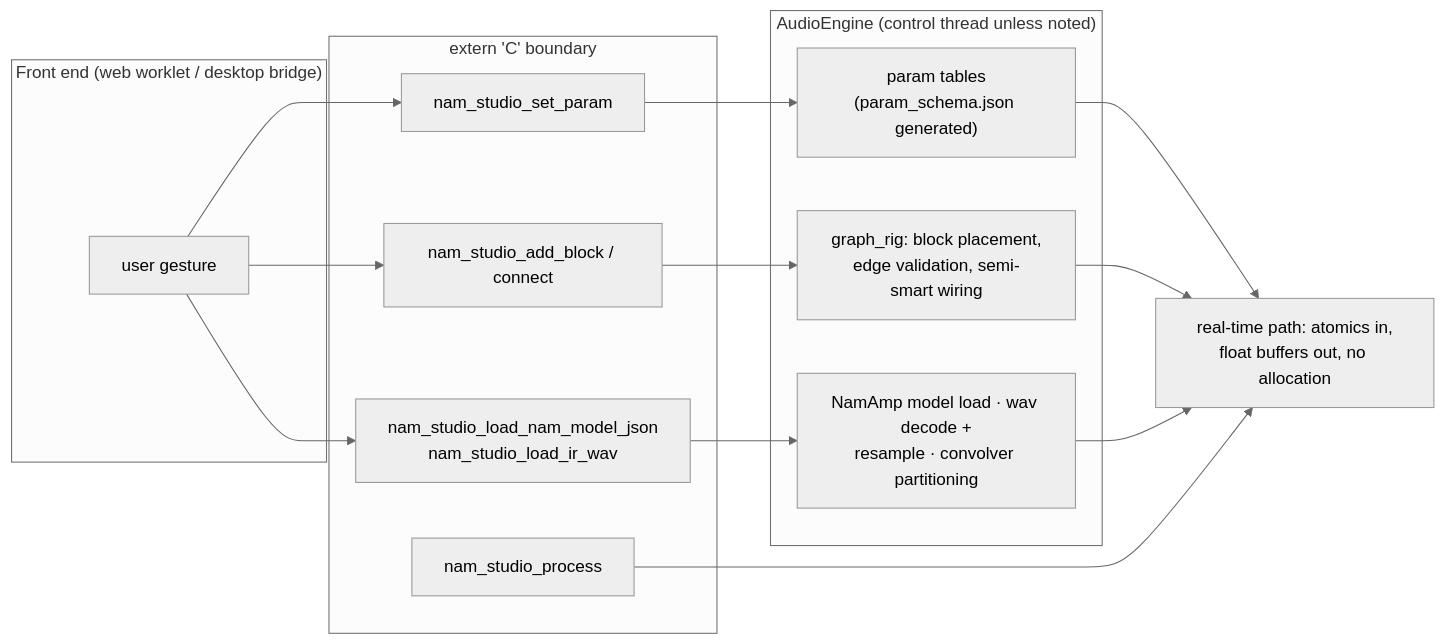
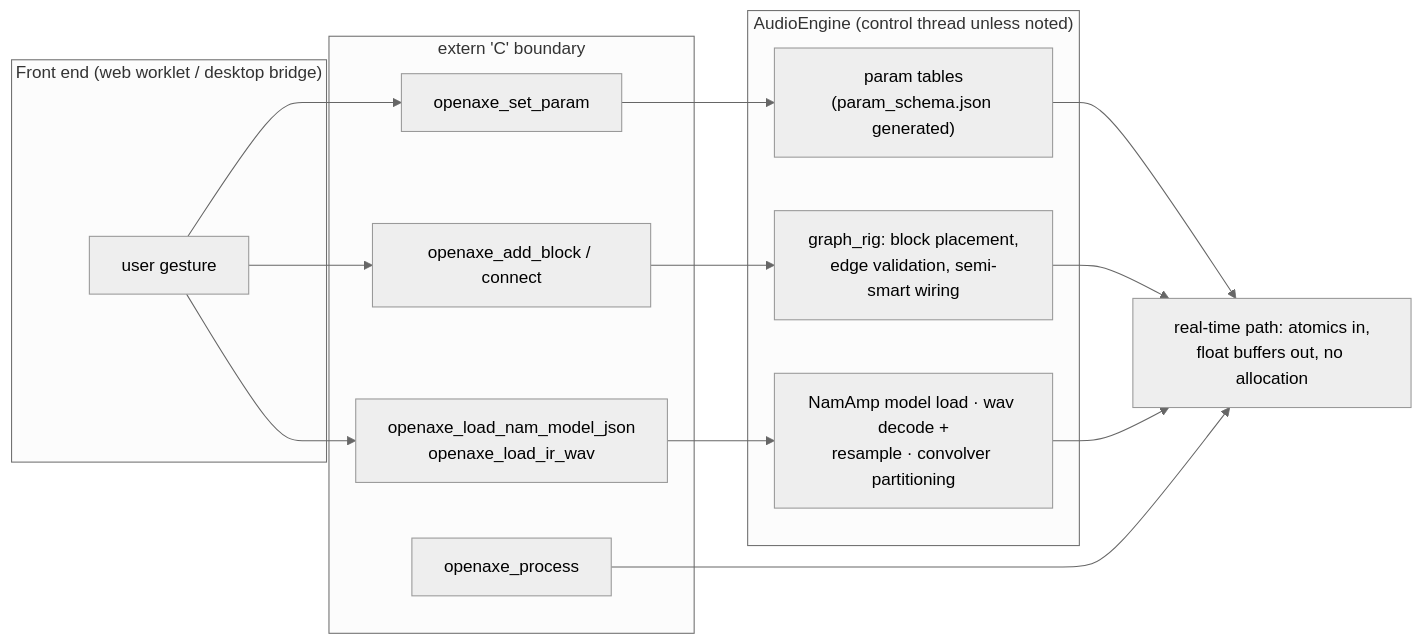
One commit to pauloedspinho20/OpenAxe changed the third of 4 diagrams in ARCHITECTURE.md. Above: the diagram before and after it, drawn with Mermaid (neutral theme). The commit also changed other lines of this file and 328 other files, not shown here.

````diff
--- a/ARCHITECTURE.md
+++ b/ARCHITECTURE.md
@@ -323,28 +323,28 @@
 ```mermaid
 flowchart LR
     subgraph fe["Front end (web worklet / desktop bridge)"]
         UI["user gesture"]
     end
 
     subgraph abi["extern 'C' boundary"]
-        SETP["nam_studio_set_param"]
-        ADD["nam_studio_add_block / connect"]
-        LOAD["nam_studio_load_nam_model_json<br/>nam_studio_load_ir_wav"]
-        PROC["nam_studio_process"]
+        SETP["openaxe_set_param"]
+        ADD["openaxe_add_block / connect"]
+        LOAD["openaxe_load_nam_model_json<br/>openaxe_load_ir_wav"]
+        PROC["openaxe_process"]
     end
 
     subgraph engine["AudioEngine (control thread unless noted)"]
         TOPO["graph_rig: block placement,<br/>edge validation, semi-smart wiring"]
         PARAM["param tables<br/>(param_schema.json generated)"]
         ASSETS["NamAmp model load · wav decode +<br/>resample · convolver partitioning"]
     end
 
     RT["real-time path: atomics in,<br/>float buffers out, no allocation"]
 
     UI --> SETP --> PARAM --> RT
     UI --> ADD --> TOPO
     UI --> LOAD --> ASSETS
     TOPO --> RT
     ASSETS --> RT
     PROC --> RT
 ```
````
